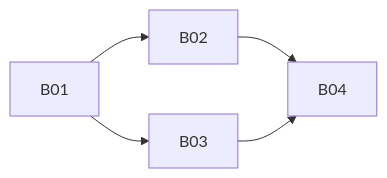
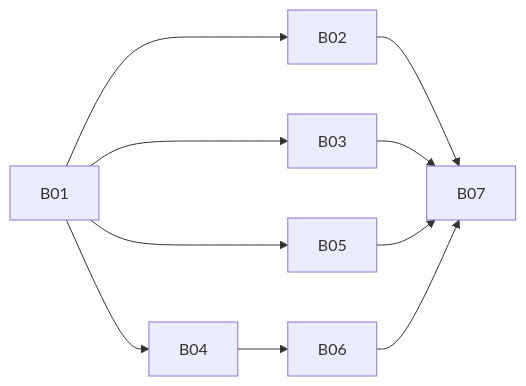
The diagram in docs/specs/bridge-skills/tickets/README.md (Rainnystone/larkent), drawn with Mermaid before and after one commit. The commit also changed other lines of this file and 10 other files, not shown here.

````diff
--- a/docs/specs/bridge-skills/tickets/README.md
+++ b/docs/specs/bridge-skills/tickets/README.md
@@ -20,7 +25,12 @@
 ```mermaid
 graph LR
   B01 --> B02
   B01 --> B03
-  B02 --> B04
-  B03 --> B04
+  B01 --> B04
+  B01 --> B05
+  B04 --> B06
+  B02 --> B07
+  B03 --> B07
+  B05 --> B07
+  B06 --> B07
 ```
````
